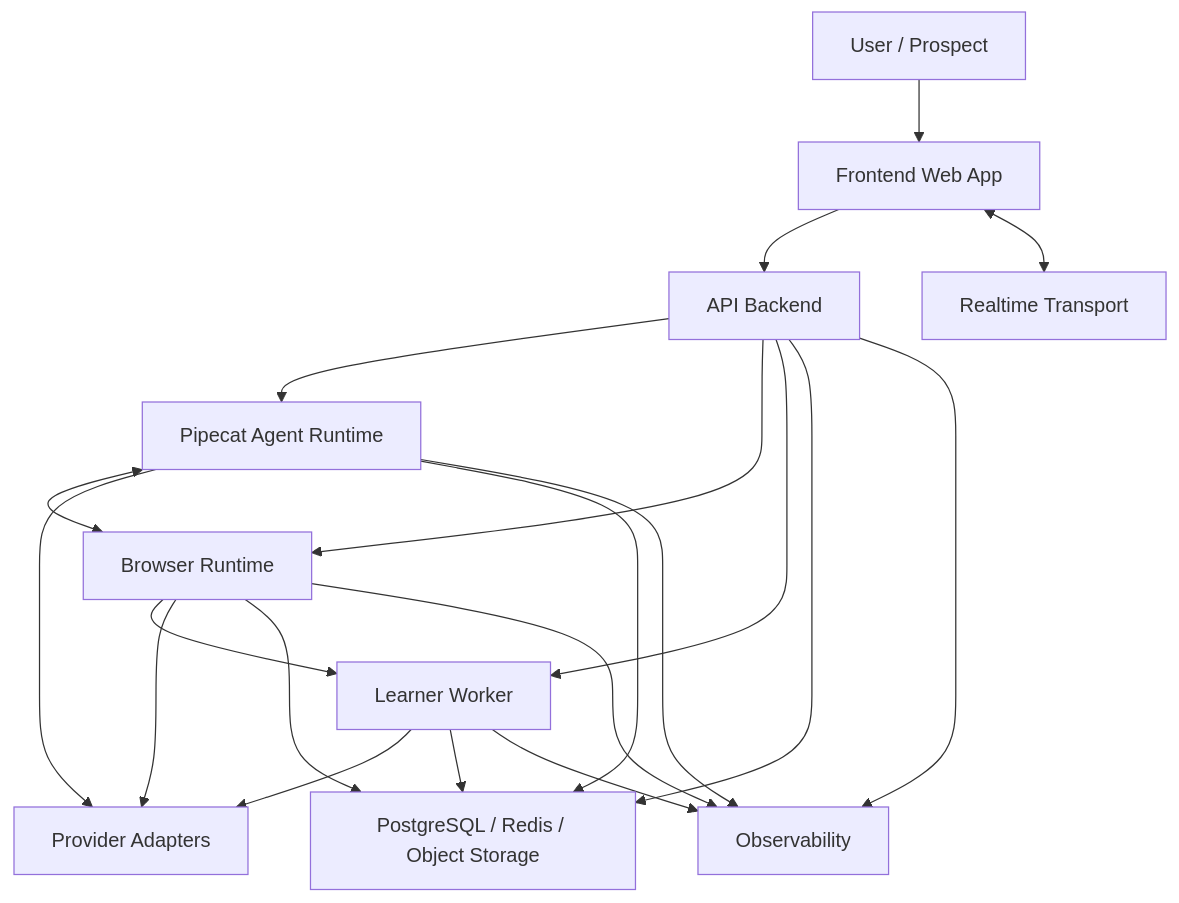
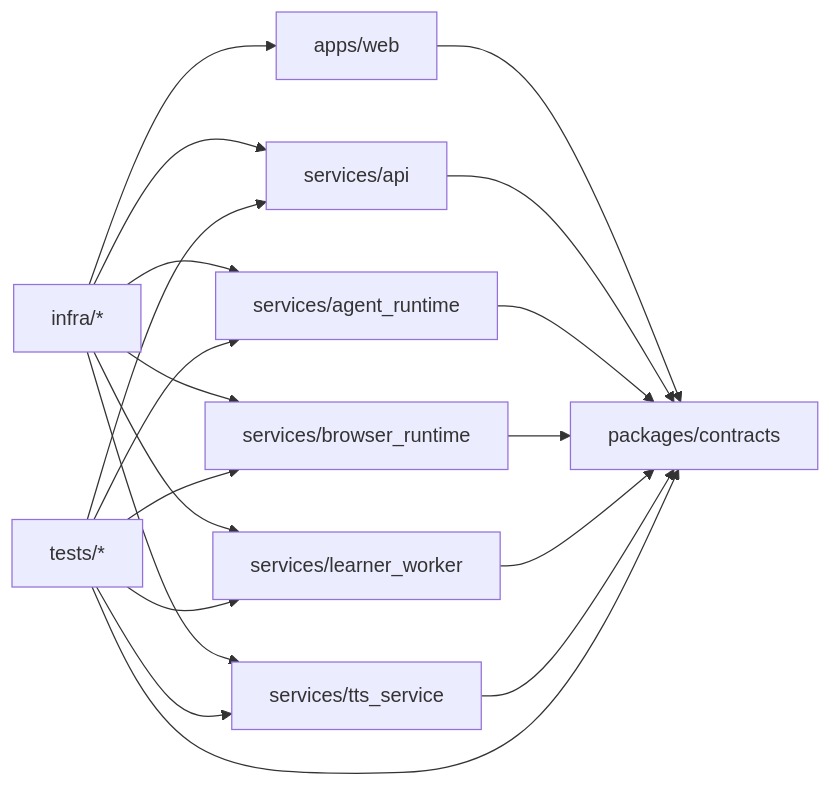
Before and after one commit to roshaninfordham/personalised-demo-ai-agent: the second of 4 diagrams in README.md, drawn with Mermaid. The commit also changed other lines of this file and 9 other files, not shown here.

````diff
--- a/README.md
+++ b/README.md
@@ -19,27 +72,31 @@
 ```mermaid
-flowchart TB
-    User["User / Prospect"] --> Frontend["Frontend Web App"]
-    Frontend --> API["API Backend"]
-    Frontend <--> Transport["Realtime Transport"]
+flowchart LR
+    Contracts["packages/contracts"]
+    Web["apps/web"]
+    API["services/api"]
+    Agent["services/agent_runtime"]
+    Browser["services/browser_runtime"]
+    Learner["services/learner_worker"]
+    TTS["services/tts_service"]
+    Infra["infra/*"]
+    Tests["tests/*"]
 
-    API --> Agent["Pipecat Agent Runtime"]
-    API --> Browser["Browser Runtime"]
-    API --> Learner["Learner Worker"]
-
-    Agent <--> Browser
-    Browser --> Learner
-
-    Agent --> Providers["Provider Adapters"]
-    Browser --> Providers
-    Learner --> Providers
-
-    API --> Storage["PostgreSQL / Redis / Object Storage"]
-    Agent --> Storage
-    Browser --> Storage
-    Learner --> Storage
-
-    API --> Obs["Observability"]
-    Agent --> Obs
-    Browser --> Obs
-    Learner --> Obs
+    Web --> Contracts
+    API --> Contracts
+    Agent --> Contracts
+    Browser --> Contracts
+    Learner --> Contracts
+    TTS --> Contracts
+    Infra --> Web
+    Infra --> API
+    Infra --> Agent
+    Infra --> Browser
+    Infra --> Learner
+    Infra --> TTS
+    Tests --> Contracts
+    Tests --> API
+    Tests --> Agent
+    Tests --> Browser
+    Tests --> Learner
+    Tests --> TTS
 ```
````
